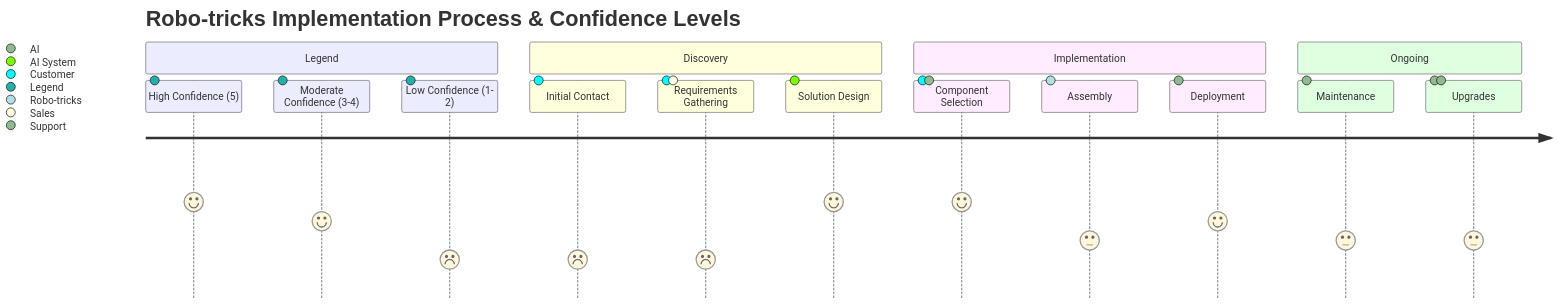
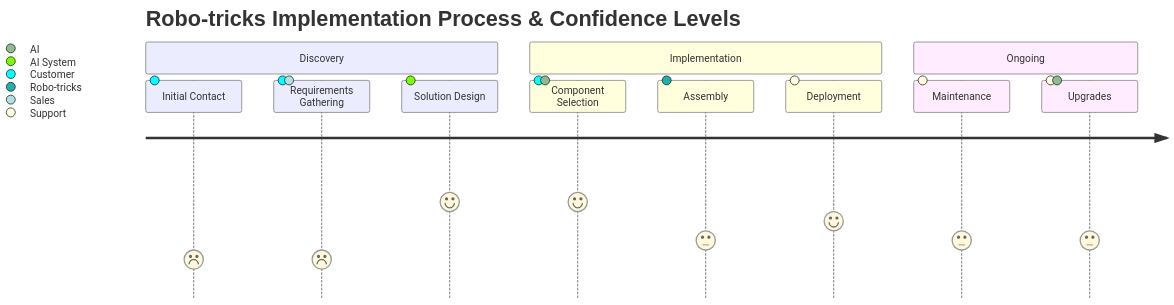
One commit to CatsMeow492/Sepulki changed the fourth of 6 diagrams in Pitch/presentation.md. Above: the diagram before and after it, drawn with Mermaid.

````diff
--- a/Pitch/presentation.md
+++ b/Pitch/presentation.md
@@ -131,19 +131,15 @@
 ```mermaid
 journey
     title Robo-tricks Implementation Process & Confidence Levels
-    section Legend
-      High Confidence (5): 5: Legend
-      Moderate Confidence (3-4): 4: Legend
-      Low Confidence (1-2): 2: Legend
     section Discovery
       Initial Contact: 2: Customer
       Requirements Gathering: 2: Customer, Sales
       Solution Design: 5: AI System
     section Implementation
       Component Selection: 5: Customer, AI
       Assembly: 3: Robo-tricks
       Deployment: 4: Support
     section Ongoing
       Maintenance: 3: Support
       Upgrades: 3: Support, AI
 ```
````
